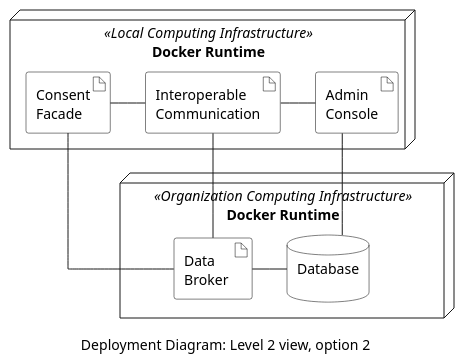
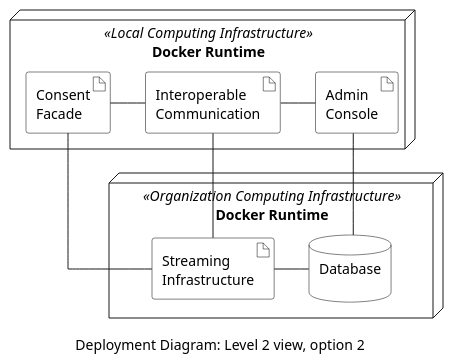
One commit to eddie-energy/architecture changed the diagram in arc42/07-deployment-view/figures/deployment-diagram-option-2.puml. Above: the diagram before and after it, drawn with PlantUML. The commit also changed 14 other files, not shown here.

```diff
--- a/arc42/07-deployment-view/figures/deployment-diagram-option-2.puml
+++ b/arc42/07-deployment-view/figures/deployment-diagram-option-2.puml
@@ -1,45 +1,45 @@
 @startuml deployment-diagram-option-2
 'deployment diagram
 caption Deployment Diagram: Level 2 view, option 2
 
 skinparam linetype ortho
 skinparam interface {
   backgroundColor transparent
   borderColor black
 }
 skinparam artifact{
   BorderColor black
   BackgroundColor transparent
 }
 skinparam actor{
   BorderColor black
   BackgroundColor transparent
 }
 skinparam database{
   BorderColor black
   BackgroundColor transparent
 }
 skinparam rectangle{
   BorderColor transparent
   BackgroundColor transparent
   FontColor transparent
 }
 
   node "Docker Runtime" <<Local Computing Infrastructure>> as local {    
     artifact "Consent\nFacade" as consentFacade
     artifact "Interoperable\nCommunication" as comm
     artifact "Admin\nConsole" as adminConsole
   }
   node "Docker Runtime" <<Organization Computing Infrastructure>> as org {    
-    artifact "Data\nBroker " as broker
+    artifact "Streaming\nInfrastructure" as broker
     database "Database\n" as database
   }
 
   consentFacade -right- comm
   adminConsole -left- comm
   consentFacade -down- broker
   database -left- broker
   comm -down- broker
   adminConsole -down- database
 
 @enduml
```
